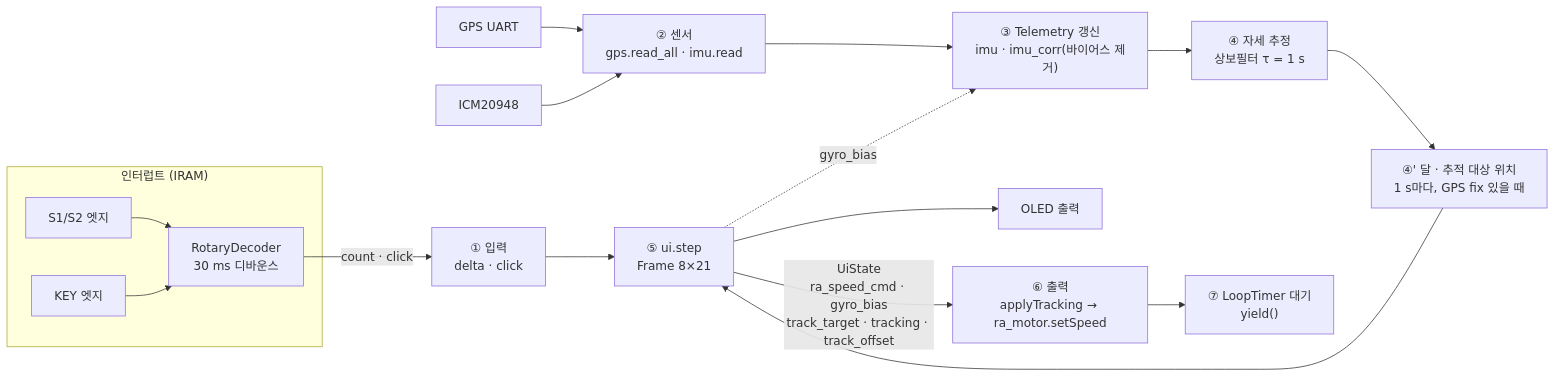
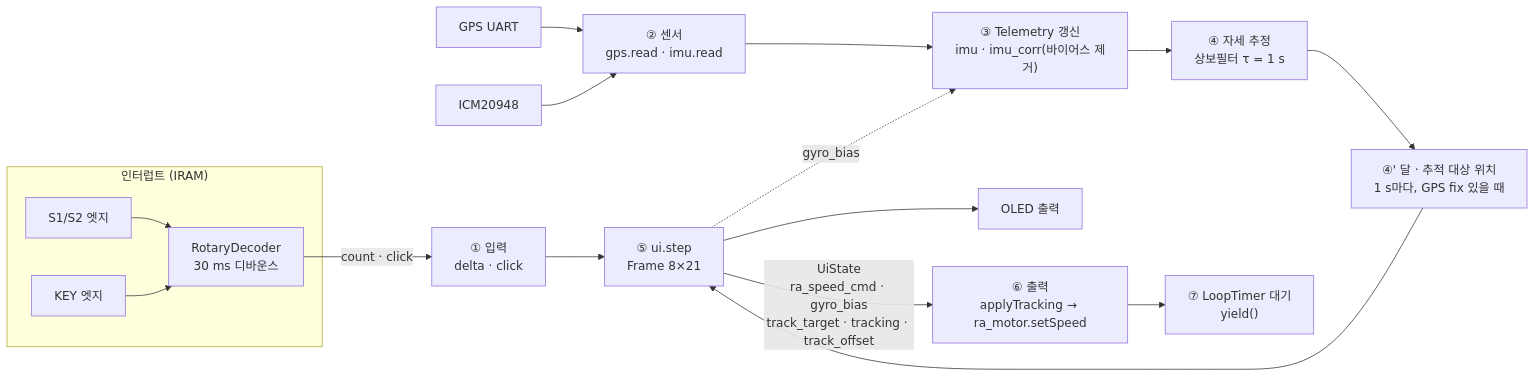
The second of 3 diagrams in docs/architecture/ARCHITECTURE.md (Kimbyung-wook/EspGotoTelescope), drawn with Mermaid before and after one commit. The commit also changed other lines of this file and 19 other files, not shown here.

````diff
--- a/docs/architecture/ARCHITECTURE.md
+++ b/docs/architecture/ARCHITECTURE.md
@@ -133,20 +134,20 @@
 ```mermaid
 flowchart LR
   subgraph ISR["인터럽트 (IRAM)"]
     E1["S1/S2 엣지"] --> DEC["RotaryDecoder<br/>30 ms 디바운스"]
     E2["KEY 엣지"] --> DEC
   end
 
   DEC -- "count · click" --> IN["① 입력<br/>delta · click"]
-  GPSDEV["GPS UART"] --> SEN["② 센서<br/>gps.read_all · imu.read"]
+  GPSDEV["GPS UART"] --> SEN["② 센서<br/>gps.read · imu.read"]
   IMUDEV["ICM20948"] --> SEN
   SEN --> TEL["③ Telemetry 갱신<br/>imu · imu_corr(바이어스 제거)"]
   TEL --> ESTI["④ 자세 추정<br/>상보필터 τ = 1 s"]
   ESTI --> MOON["④' 달 · 추적 대상 위치<br/>1 s마다, GPS fix 있을 때"]
   MOON --> UISTEP["⑤ ui.step<br/>Frame 8×21"]
   IN --> UISTEP
   UISTEP --> DISP["OLED 출력"]
   UISTEP -- "UiState<br/>ra_speed_cmd · gyro_bias<br/>track_target · tracking · track_offset" --> OUT["⑥ 출력<br/>applyTracking → ra_motor.setSpeed"]
   UISTEP -. "gyro_bias" .-> TEL
   OUT --> WAIT["⑦ LoopTimer 대기<br/>yield()"]
 ```
````
